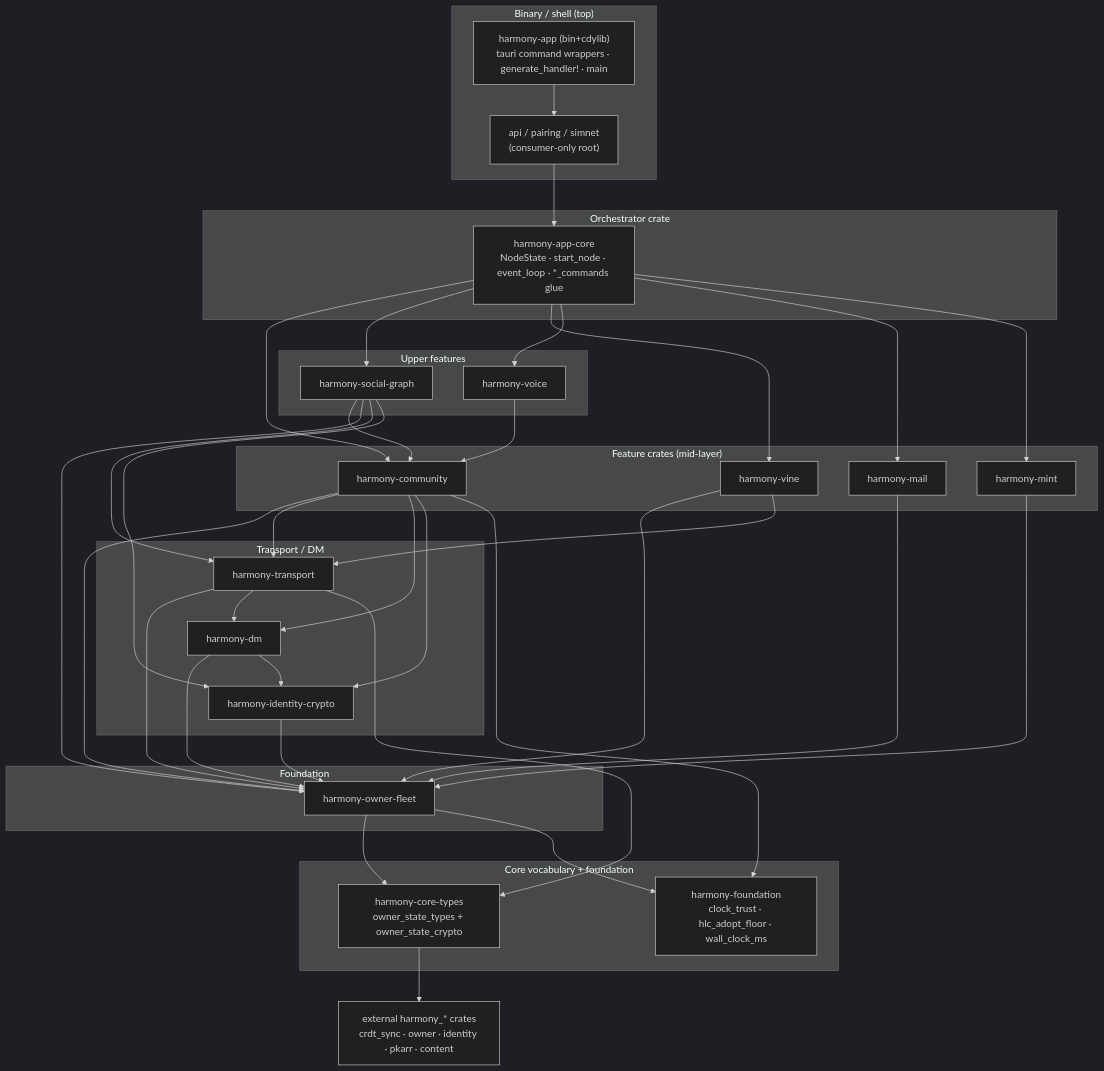
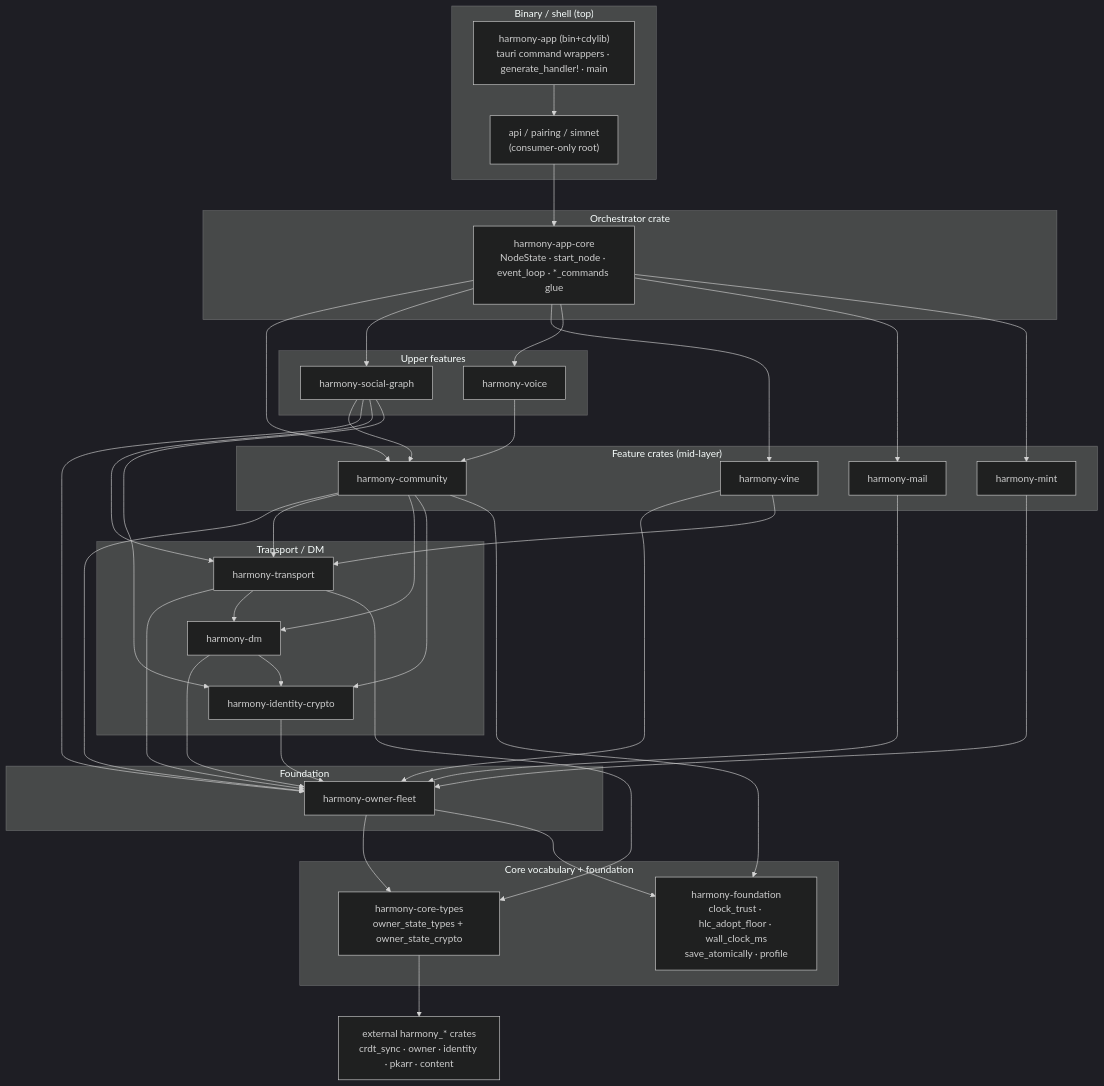
Before and after one commit to zeblithic/harmony-client: the diagram in docs/specs/2026-08-24-zeb-548-client-crate-split-design.md, drawn with Mermaid (dark theme). The commit also changed other lines of this file and 8 other files, not shown here.

First line of the commit message:
refactor(crate-split): broaden harmony-foundation with save_atomically + profile (ZEB-548 Stage 1 PR 2) (#736)

````diff
--- a/docs/specs/2026-08-24-zeb-548-client-crate-split-design.md
+++ b/docs/specs/2026-08-24-zeb-548-client-crate-split-design.md
@@ -64,48 +64,48 @@
 ```mermaid
 graph TD
     subgraph L4["Binary / shell (top)"]
         BIN["harmony-app (bin+cdylib)<br/>tauri command wrappers · generate_handler! · main"]
         API["api / pairing / simnet<br/>(consumer-only root)"]
     end
     subgraph L3["Orchestrator crate"]
         APP["harmony-app-core<br/>NodeState · start_node · event_loop · *_commands glue"]
     end
     subgraph L2b["Upper features"]
         SOCIAL["harmony-social-graph"]
         VOICE["harmony-voice"]
     end
     subgraph L2["Feature crates (mid-layer)"]
         COMM["harmony-community"]
         VINE["harmony-vine"]
         MAIL["harmony-mail"]
         MINT["harmony-mint"]
     end
     subgraph L1b["Transport / DM"]
         TRANSPORT["harmony-transport"]
         DM["harmony-dm"]
         IDC["harmony-identity-crypto"]
     end
     subgraph L1["Foundation"]
         OWNER["harmony-owner-fleet"]
     end
     subgraph L0["Core vocabulary + foundation"]
         CORE["harmony-core-types<br/>owner_state_types + owner_state_crypto"]
-        FOUND["harmony-foundation<br/>clock_trust · hlc_adopt_floor · wall_clock_ms"]
+        FOUND["harmony-foundation<br/>clock_trust · hlc_adopt_floor · wall_clock_ms<br/>save_atomically · profile"]
     end
     EXT["external harmony_* crates<br/>crdt_sync · owner · identity · pkarr · content"]
 
     BIN --> API --> APP
     APP --> COMM & SOCIAL & VINE & VOICE & MAIL & MINT
     SOCIAL --> COMM & OWNER & TRANSPORT & IDC
     VOICE --> COMM
     COMM --> OWNER & TRANSPORT & DM & IDC
     VINE --> OWNER & TRANSPORT
     MAIL --> OWNER
     MINT --> OWNER
     TRANSPORT --> OWNER & DM & CORE
     DM --> OWNER & IDC
     IDC --> OWNER
     OWNER --> CORE & FOUND
     COMM --> FOUND
     CORE --> EXT
 ```
````
